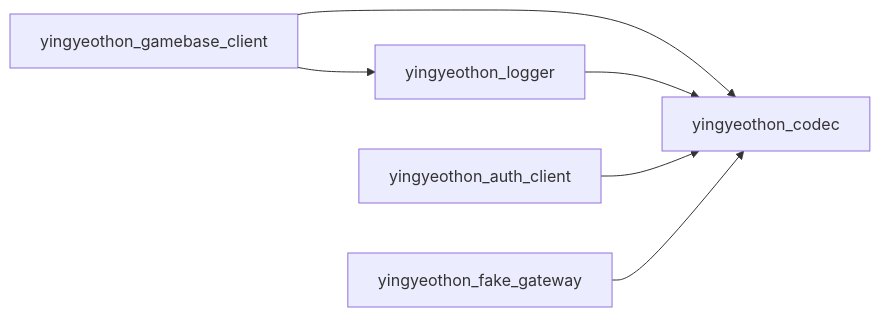
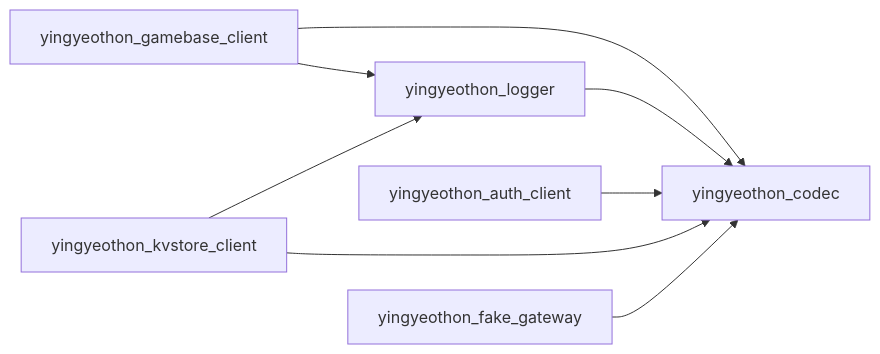
One commit to yingyeothon/flutterlib changed the diagram in README.md. Above: the diagram before and after it, drawn with Mermaid. The commit also changed other lines of this file and 46 other files, not shown here.

````diff
--- a/README.md
+++ b/README.md
@@ -53,8 +56,10 @@
 ```mermaid
 graph LR
   yingyeothon_gamebase_client --> yingyeothon_codec
   yingyeothon_gamebase_client --> yingyeothon_logger
   yingyeothon_logger --> yingyeothon_codec
   yingyeothon_auth_client --> yingyeothon_codec
+  yingyeothon_kvstore_client --> yingyeothon_codec
+  yingyeothon_kvstore_client --> yingyeothon_logger
   yingyeothon_fake_gateway --> yingyeothon_codec
 ```
````
